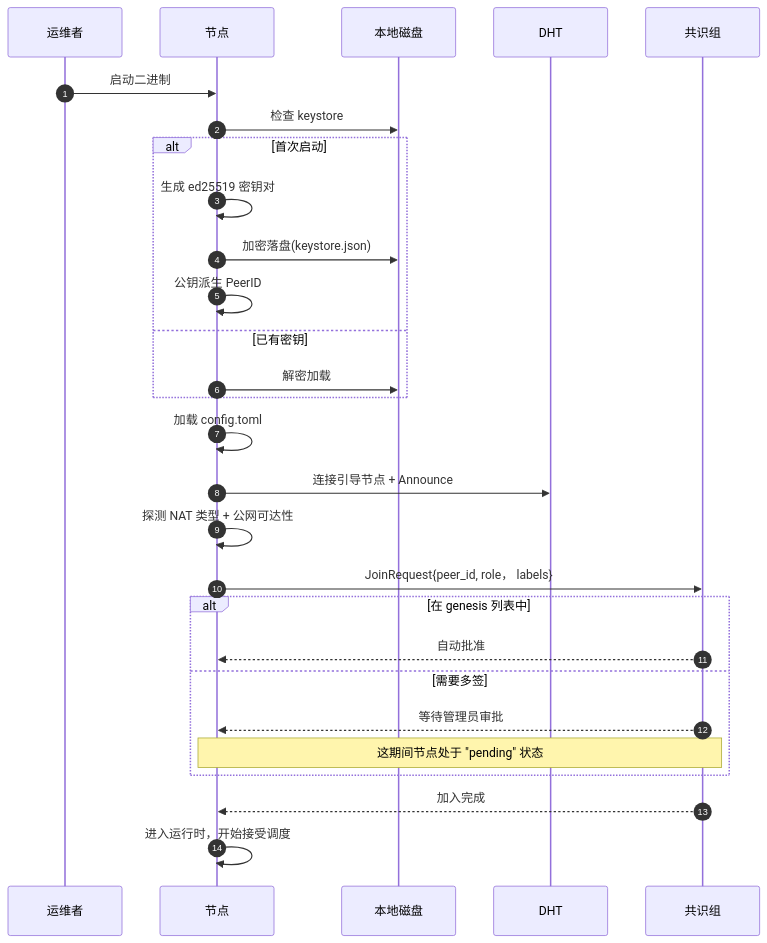
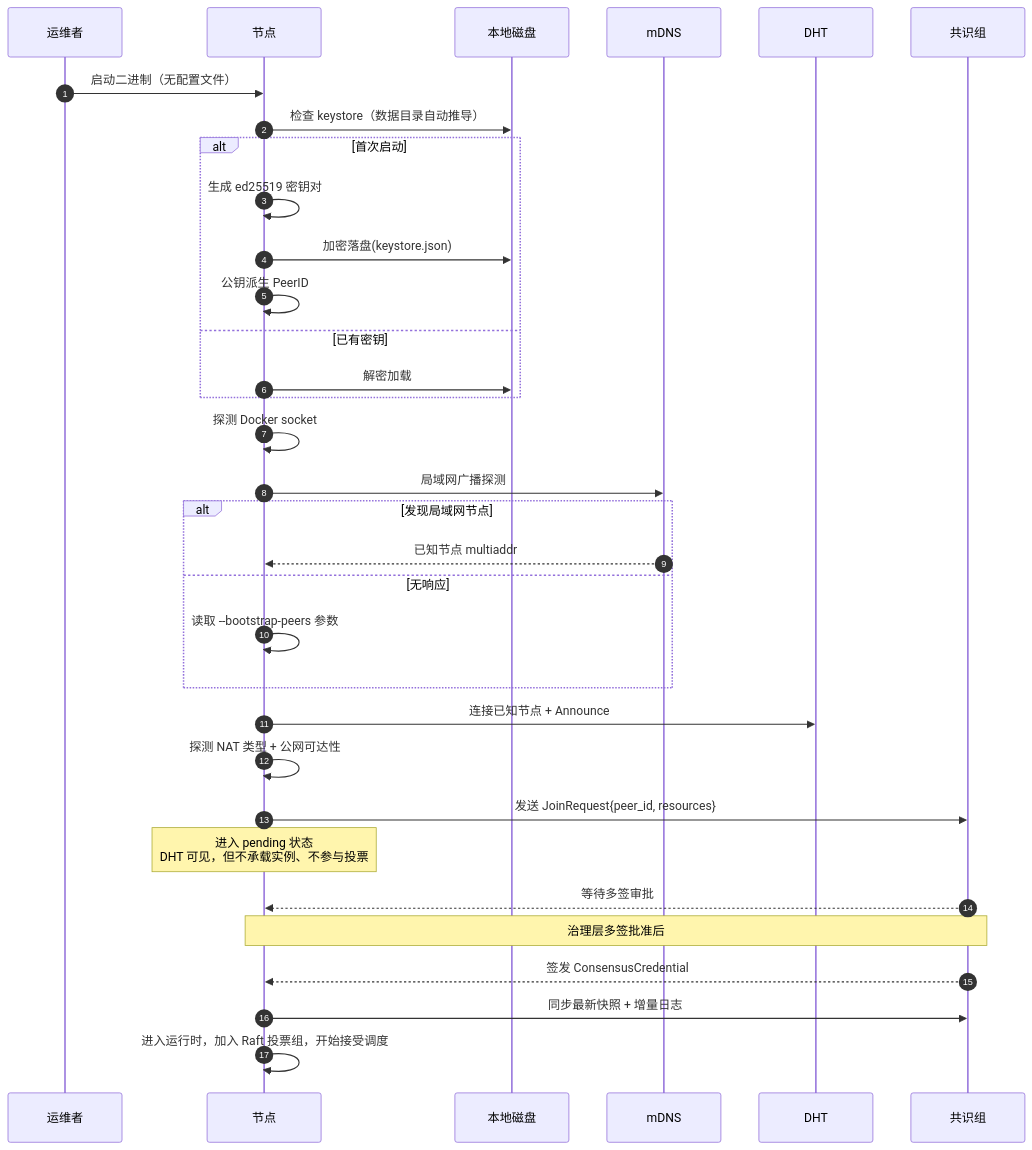
Before and after one commit to JLUCraft/docs: the first of 2 diagrams in pages/components/server/bootstrap.md, drawn with Mermaid. The commit also changed other lines of this file and 12 other files, not shown here.

````diff
--- a/pages/components/server/bootstrap.md
+++ b/pages/components/server/bootstrap.md
@@ -7,31 +67,36 @@
 ```mermaid
 sequenceDiagram
     autonumber
     participant Op as 运维者
     participant Node as 节点
     participant FS as 本地磁盘
+    participant mDNS
     participant DHT
     participant Cons as 共识组
 
-    Op->>Node: 启动二进制
-    Node->>FS: 检查 keystore
+    Op->>Node: 启动二进制（无配置文件）
+    Node->>FS: 检查 keystore（数据目录自动推导）
     alt 首次启动
         Node->>Node: 生成 ed25519 密钥对
         Node->>FS: 加密落盘(keystore.json)
         Node->>Node: 公钥派生 PeerID
     else 已有密钥
         Node->>FS: 解密加载
     end
-    Node->>Node: 加载 config.toml
-    Node->>DHT: 连接引导节点 + Announce
+    Node->>Node: 探测 Docker socket
+    Node->>mDNS: 局域网广播探测
+    alt 发现局域网节点
+        mDNS-->>Node: 已知节点 multiaddr
+    else 无响应
+        Node->>Node: 读取 --bootstrap-peers 参数
+    end
+    Node->>DHT: 连接已知节点 + Announce
     Node->>Node: 探测 NAT 类型 + 公网可达性
-    Node->>Cons: JoinRequest{peer_id, role， labels}
-    alt 在 genesis 列表中
-        Cons-->>Node: 自动批准
-    else 需要多签
-        Cons-->>Node: 等待管理员审批
-        Note over Cons,Node: 这期间节点处于 "pending" 状态
-    end
-    Cons-->>Node: 加入完成
-    Node->>Node: 进入运行时，开始接受调度
+    Node->>Cons: 发送 JoinRequest{peer_id, resources}
+    Note over Node: 进入 pending 状态<br/>DHT 可见，但不承载实例、不参与投票
+    Cons-->>Node: 等待多签审批
+    Note over Cons,Node: 治理层多签批准后
+    Cons-->>Node: 签发 ConsensusCredential
+    Node->>Cons: 同步最新快照 + 增量日志
+    Node->>Node: 进入运行时，加入 Raft 投票组，开始接受调度
 ```
````
